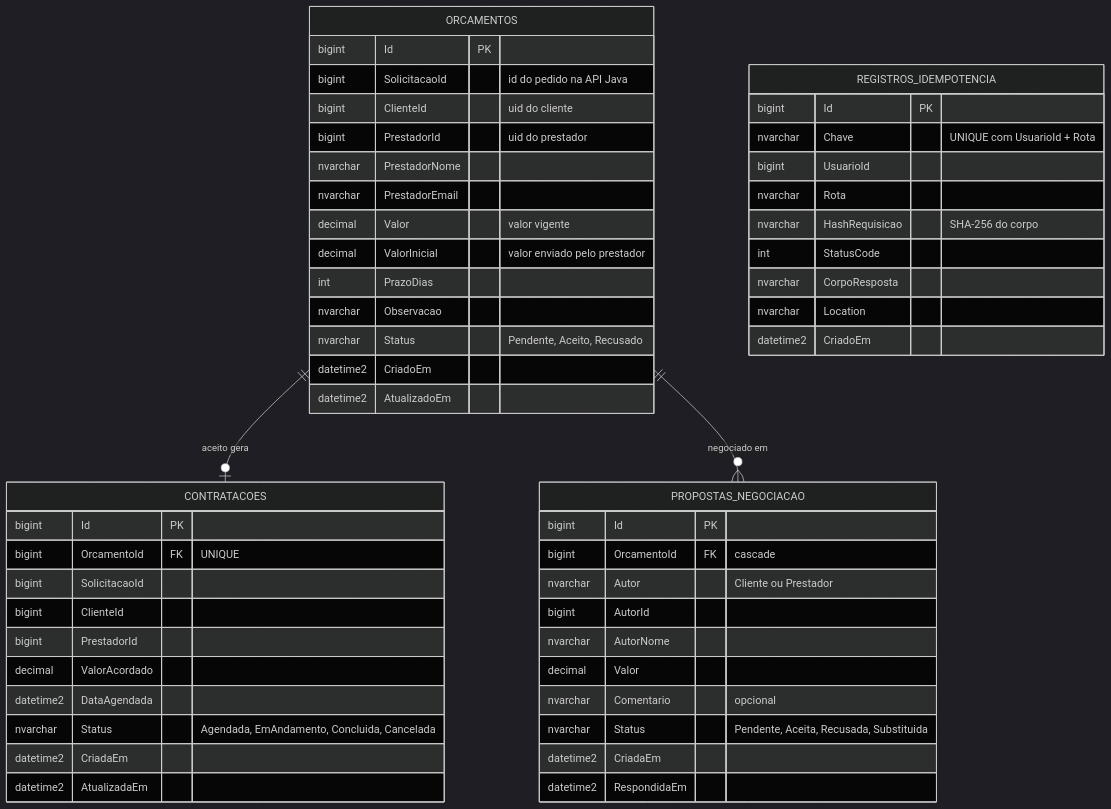
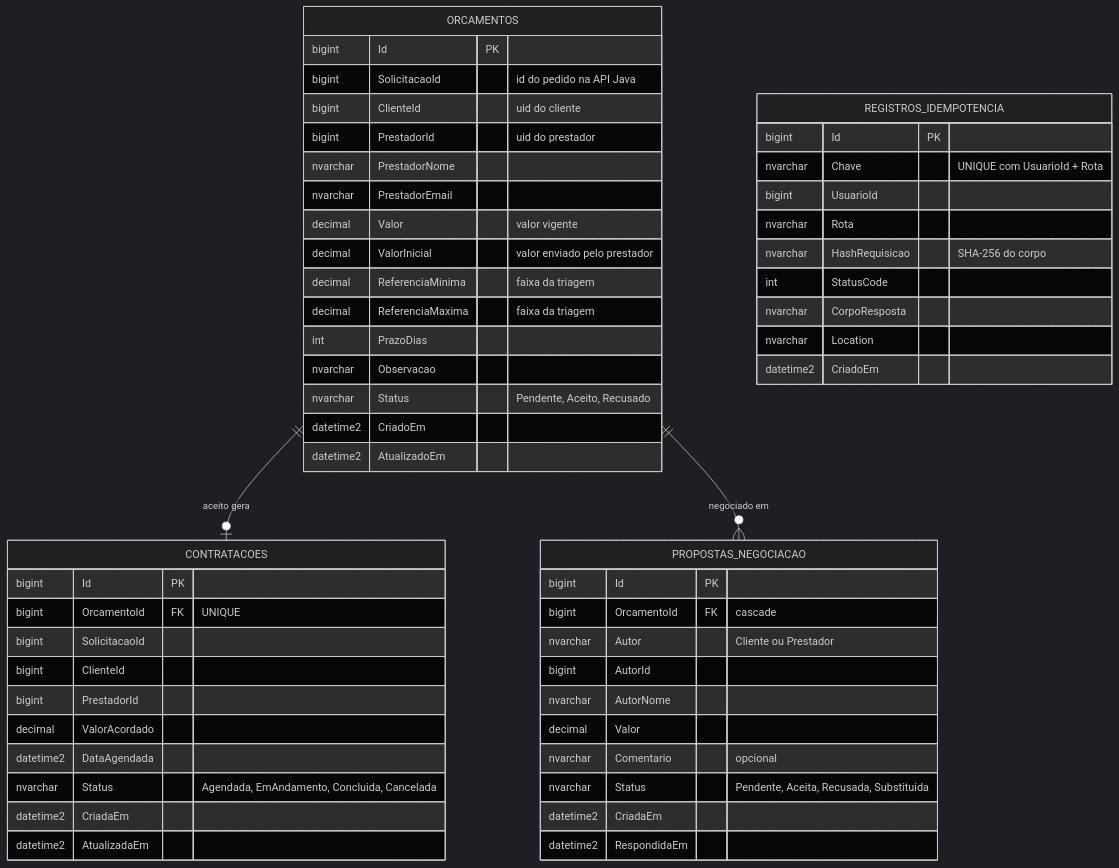
Before and after one commit to kaiky06301/bico-certo-dotnet: the second of 5 diagrams in README.md, drawn with Mermaid (dark theme). The commit also changed other lines of this file and 15 other files, not shown here.

First line of the commit message:
Troca o teto de preco por faixa de referencia com justificativa

````diff
--- a/README.md
+++ b/README.md
@@ -89,55 +89,57 @@
 ```mermaid
 erDiagram
     ORCAMENTOS ||--o| CONTRATACOES : "aceito gera"
     ORCAMENTOS ||--o{ PROPOSTAS_NEGOCIACAO : "negociado em"
     ORCAMENTOS {
         bigint Id PK
         bigint SolicitacaoId "id do pedido na API Java"
         bigint ClienteId "uid do cliente"
         bigint PrestadorId "uid do prestador"
         nvarchar PrestadorNome
         nvarchar PrestadorEmail
         decimal Valor "valor vigente"
         decimal ValorInicial "valor enviado pelo prestador"
+        decimal ReferenciaMinima "faixa da triagem"
+        decimal ReferenciaMaxima "faixa da triagem"
         int PrazoDias
         nvarchar Observacao
         nvarchar Status "Pendente, Aceito, Recusado"
         datetime2 CriadoEm
         datetime2 AtualizadoEm
     }
     PROPOSTAS_NEGOCIACAO {
         bigint Id PK
         bigint OrcamentoId FK "cascade"
         nvarchar Autor "Cliente ou Prestador"
         bigint AutorId
         nvarchar AutorNome
         decimal Valor
         nvarchar Comentario "opcional"
         nvarchar Status "Pendente, Aceita, Recusada, Substituida"
         datetime2 CriadaEm
         datetime2 RespondidaEm
     }
     CONTRATACOES {
         bigint Id PK
         bigint OrcamentoId FK "UNIQUE"
         bigint SolicitacaoId
         bigint ClienteId
         bigint PrestadorId
         decimal ValorAcordado
         datetime2 DataAgendada
         nvarchar Status "Agendada, EmAndamento, Concluida, Cancelada"
         datetime2 CriadaEm
         datetime2 AtualizadaEm
     }
     REGISTROS_IDEMPOTENCIA {
         bigint Id PK
         nvarchar Chave "UNIQUE com UsuarioId + Rota"
         bigint UsuarioId
         nvarchar Rota
         nvarchar HashRequisicao "SHA-256 do corpo"
         int StatusCode
         nvarchar CorpoResposta
         nvarchar Location
         datetime2 CriadoEm
     }
 ```
````
